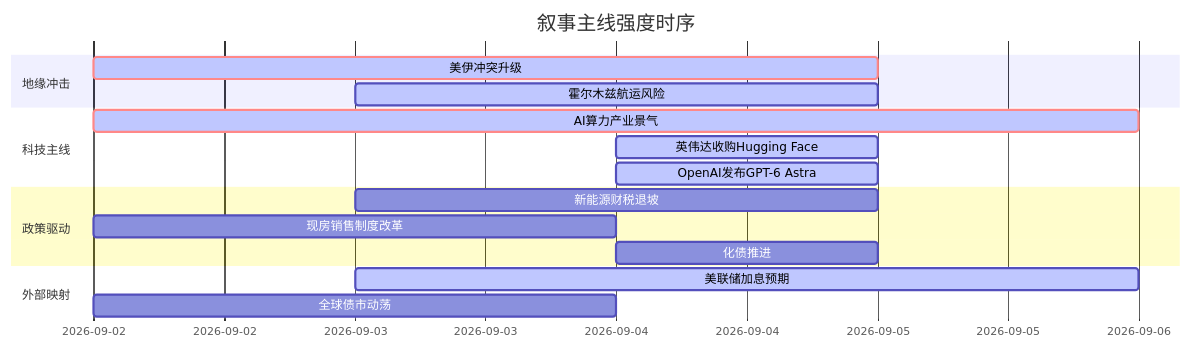
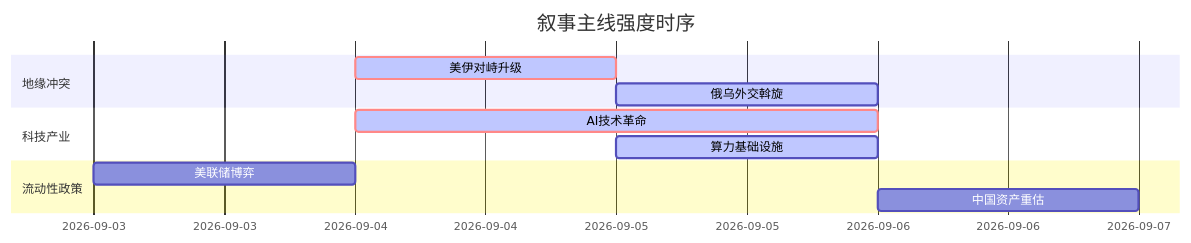
The diagram in 5day_report.md (uu5zn/uu5zn.github.io), drawn with Mermaid before and after one commit. The commit also changed other lines of this file and 3 other files, not shown here.

````diff
--- a/5day_report.md
+++ b/5day_report.md
@@ -84,22 +58,16 @@
 ```mermaid
 gantt
     title 叙事主线强度时序
     dateFormat YYYY-MM-DD
-    section 地缘冲击
-    美伊冲突升级   :crit, active, 2026-09-02, 3d
-    霍尔木兹航运风险   :active, 2026-09-03, 2d
+    section 地缘冲突
+    美伊对峙升级   :crit, active, 2026-09-04, 1d
+    俄乌外交斡旋   :active, 2026-09-05, 1d
     
-    section 科技主线
-    AI算力产业景气   :crit, active, 2026-09-02, 4d
-    英伟达收购Hugging Face   :active, 2026-09-04, 1d
-    OpenAI发布GPT-6 Astra   :active, 2026-09-04, 1d
+    section 科技产业
+    AI技术革命    :crit, active, 2026-09-04, 2d
+    算力基础设施  :active, 2026-09-05, 1d
     
-    section 政策驱动
-    新能源财税退坡   :2026-09-03, 2d
-    现房销售制度改革   :2026-09-02, 2d
-    化债推进   :2026-09-04, 1d
-    
-    section 外部映射
-    美联储加息预期   :active, 2026-09-03, 3d
-    全球债市动荡   :2026-09-02, 2d
+    section 流动性政策
+    美联储博弈    :2026-09-03, 1d
+    中国资产重估  :2026-09-06, 1d
 ```
````
